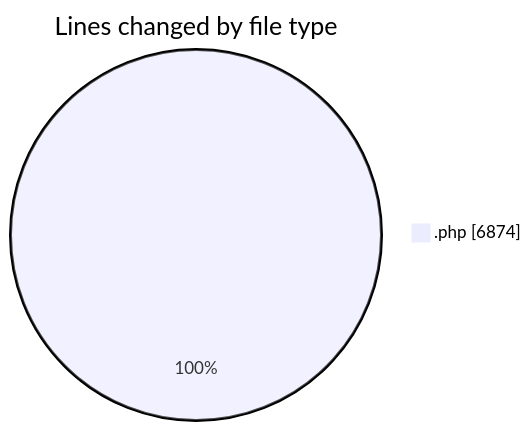
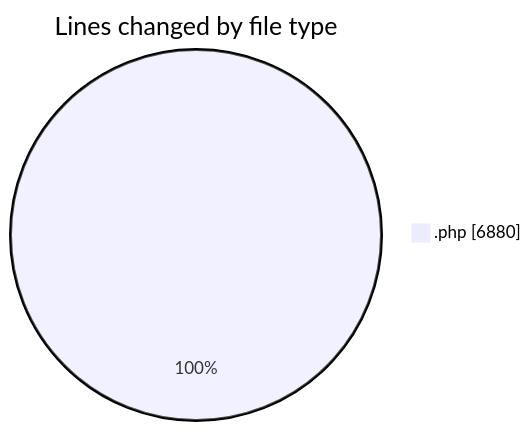
One commit to debugP/code-tracking changed the first of 2 diagrams in 2025-10-03/untitled__workspace_/README.md. Above: the diagram before and after it, drawn with Mermaid. The commit also changed other lines of this file and 1 other file, not shown here.

````diff
--- a/2025-10-03/untitled__workspace_/README.md
+++ b/2025-10-03/untitled__workspace_/README.md
@@ -23,5 +23,5 @@
 ```mermaid
 pie showData
 title Lines changed by file type
-".php" : 6874
+".php" : 6880
 ```
````
